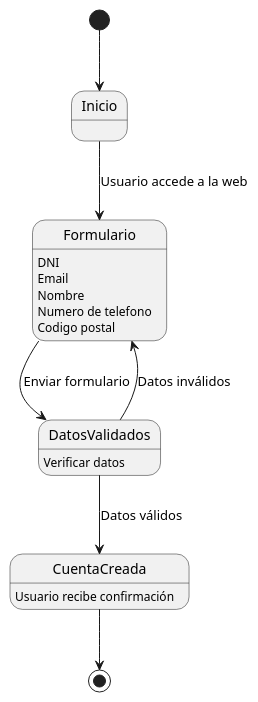
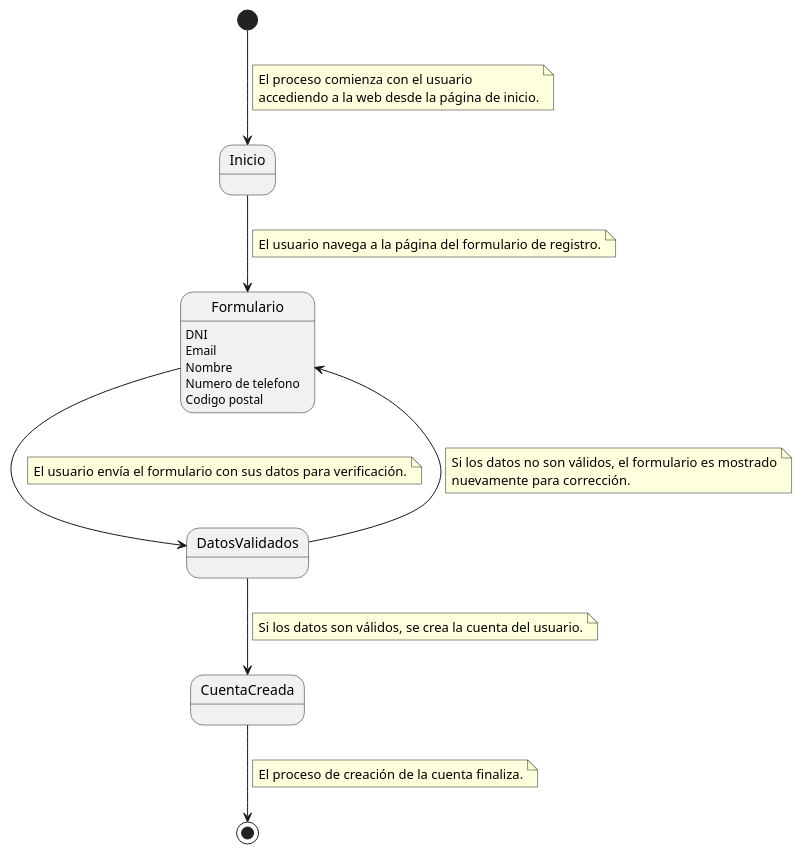
One commit to pablarce/23-24-IdSw1-SDR changed the diagram in CasosDeUso/CduDetallados/CduUsuarios/CrearUsuario.puml. Above: the diagram before and after it, drawn with PlantUML. The commit also changed 11 other files, not shown here.

```diff
--- a/CasosDeUso/CduDetallados/CduUsuarios/CrearUsuario.puml
+++ b/CasosDeUso/CduDetallados/CduUsuarios/CrearUsuario.puml
@@ -1,11 +1,37 @@
 @startuml
 [*] --> Inicio
-Inicio --> Formulario : Usuario accede a la web
+note right on link
+El proceso comienza con el usuario
+accediendo a la web desde la página de inicio.
+end note
+
+Inicio --> Formulario
+note right on link
+El usuario navega a la página del formulario de registro.
+end note
+
 Formulario : DNI\nEmail\nNombre\nNumero de telefono\nCodigo postal
-Formulario --> DatosValidados : Enviar formulario
-DatosValidados : Verificar datos
-DatosValidados --> CuentaCreada : Datos válidos
-DatosValidados --> Formulario : Datos inválidos
-CuentaCreada : Usuario recibe confirmación
+
+Formulario --> DatosValidados 
+note right on link
+El usuario envía el formulario con sus datos para verificación.
+end note
+
+
+DatosValidados --> CuentaCreada 
+note right on link
+Si los datos son válidos, se crea la cuenta del usuario.
+end note
+
+DatosValidados --> Formulario 
+note right on link
+Si los datos no son válidos, el formulario es mostrado
+nuevamente para corrección.
+end note
+
+
 CuentaCreada --> [*]
+note right on link
+El proceso de creación de la cuenta finaliza.
+end note
 @enduml
```
